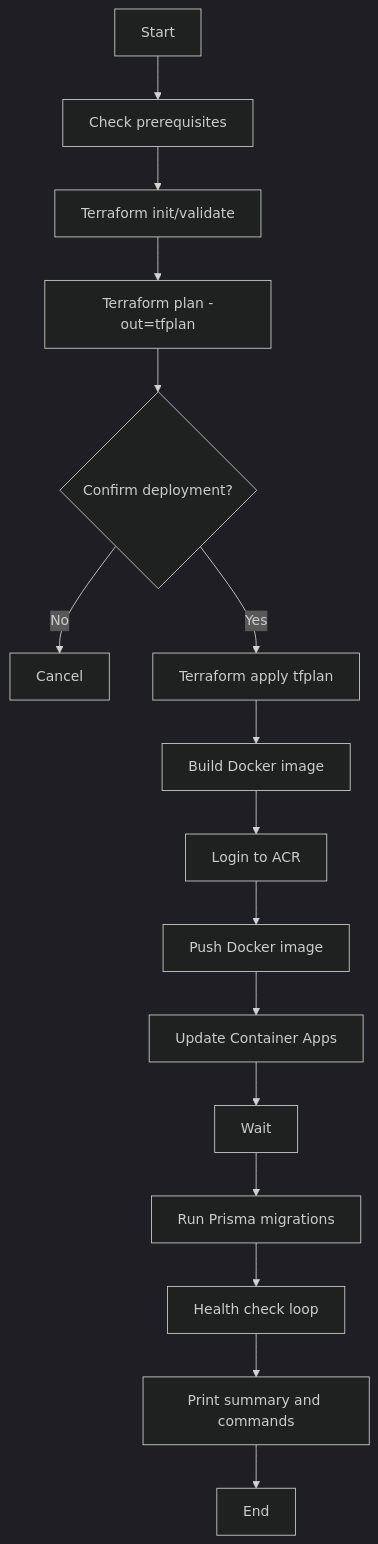
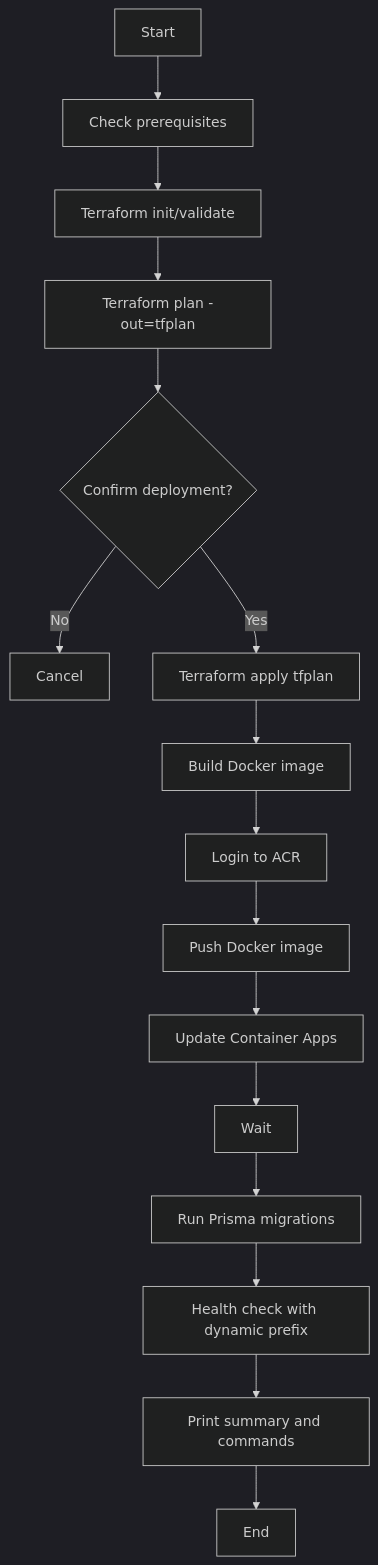
The fifth of 10 diagrams in .qoder/repowiki/en/content/Deployment and Infrastructure/CI_CD Pipeline.md (Avi-Bendetsky/Quiz-to-build), drawn with Mermaid (dark theme) before and after one commit. The commit also changed other lines of this file and 41 other files, not shown here.

````diff
--- a/.qoder/repowiki/en/content/Deployment and Infrastructure/CI_CD Pipeline.md
+++ b/.qoder/repowiki/en/content/Deployment and Infrastructure/CI_CD Pipeline.md
@@ -191,18 +249,18 @@
 ```mermaid
 flowchart TD
 D0["Start"] --> D1["Check prerequisites"]
 D1 --> D2["Terraform init/validate"]
 D2 --> D3["Terraform plan -out=tfplan"]
 D3 --> D4{"Confirm deployment?"}
 D4 --> |No| D5["Cancel"]
 D4 --> |Yes| D6["Terraform apply tfplan"]
 D6 --> D7["Build Docker image"]
 D7 --> D8["Login to ACR"]
 D8 --> D9["Push Docker image"]
 D9 --> D10["Update Container Apps"]
 D10 --> D11["Wait"]
 D11 --> D12["Run Prisma migrations"]
-D12 --> D13["Health check loop"]
+D12 --> D13["Health check with dynamic prefix"]
 D13 --> D14["Print summary and commands"]
 D14 --> D15["End"]
 ```
````
